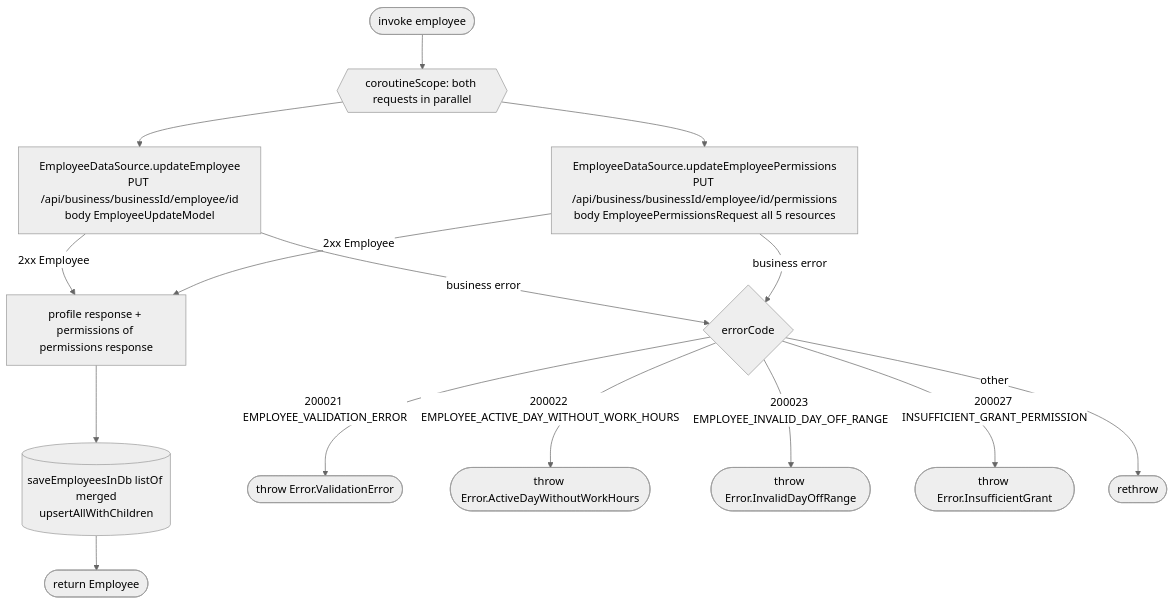
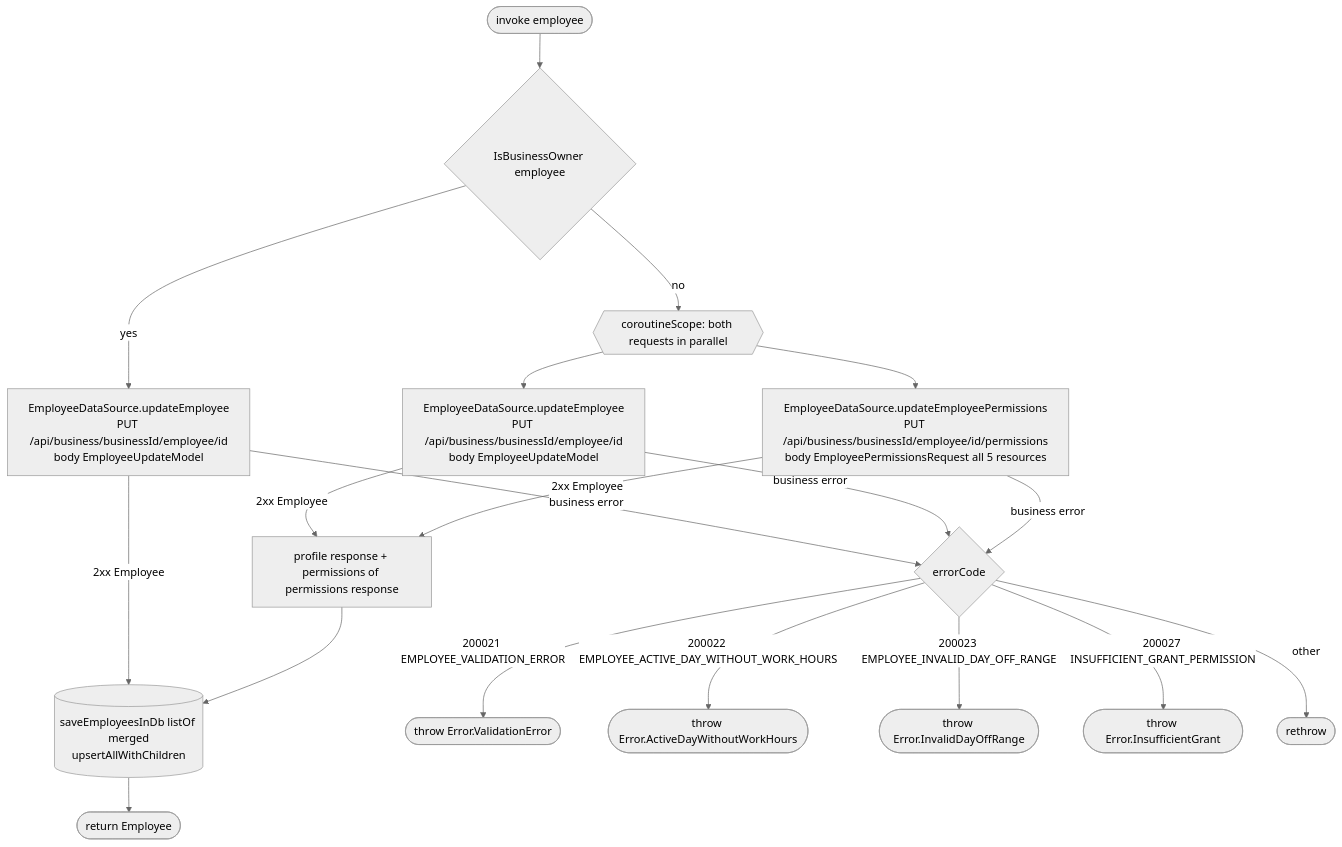
The diagram in docs/operations/employees/update-employee.md (nocturneproperties/bookkme-client), drawn with Mermaid (neutral theme) before and after one commit. The commit also changed other lines of this file and 29 other files, not shown here.

Commit message:
[ISSUE-73] add ability to detect that employee is a business owner

````diff
--- a/docs/operations/employees/update-employee.md
+++ b/docs/operations/employees/update-employee.md
@@ -21,17 +26,21 @@
 ```mermaid
 flowchart TD
-    Start([invoke employee]) --> Par{{coroutineScope: both requests in parallel}}
+    Start([invoke employee]) --> Owner{IsBusinessOwner employee}
+    Owner -- yes --> NetO[EmployeeDataSource.updateEmployee<br/>PUT /api/business/businessId/employee/id<br/>body EmployeeUpdateModel]
+    NetO -- 2xx Employee --> Save
+    NetO -- business error --> Code
+    Owner -- no --> Par{{coroutineScope: both requests in parallel}}
     Par --> Net1[EmployeeDataSource.updateEmployee<br/>PUT /api/business/businessId/employee/id<br/>body EmployeeUpdateModel]
     Par --> Net2[EmployeeDataSource.updateEmployeePermissions<br/>PUT /api/business/businessId/employee/id/permissions<br/>body EmployeePermissionsRequest all 5 resources]
     Net1 -- 2xx Employee --> Merge[profile response + permissions of permissions response]
     Net2 -- 2xx Employee --> Merge
     Merge --> Save[(saveEmployeesInDb listOf merged<br/>upsertAllWithChildren)]
     Save --> R([return Employee])
     Net1 -- business error --> Code{errorCode}
     Net2 -- business error --> Code
     Code -- 200021 EMPLOYEE_VALIDATION_ERROR --> E1([throw Error.ValidationError])
     Code -- 200022 EMPLOYEE_ACTIVE_DAY_WITHOUT_WORK_HOURS --> E2([throw Error.ActiveDayWithoutWorkHours])
     Code -- 200023 EMPLOYEE_INVALID_DAY_OFF_RANGE --> E3([throw Error.InvalidDayOffRange])
     Code -- 200027 INSUFFICIENT_GRANT_PERMISSION --> E4([throw Error.InsufficientGrant])
     Code -- other --> EX([rethrow])
 ```
````
